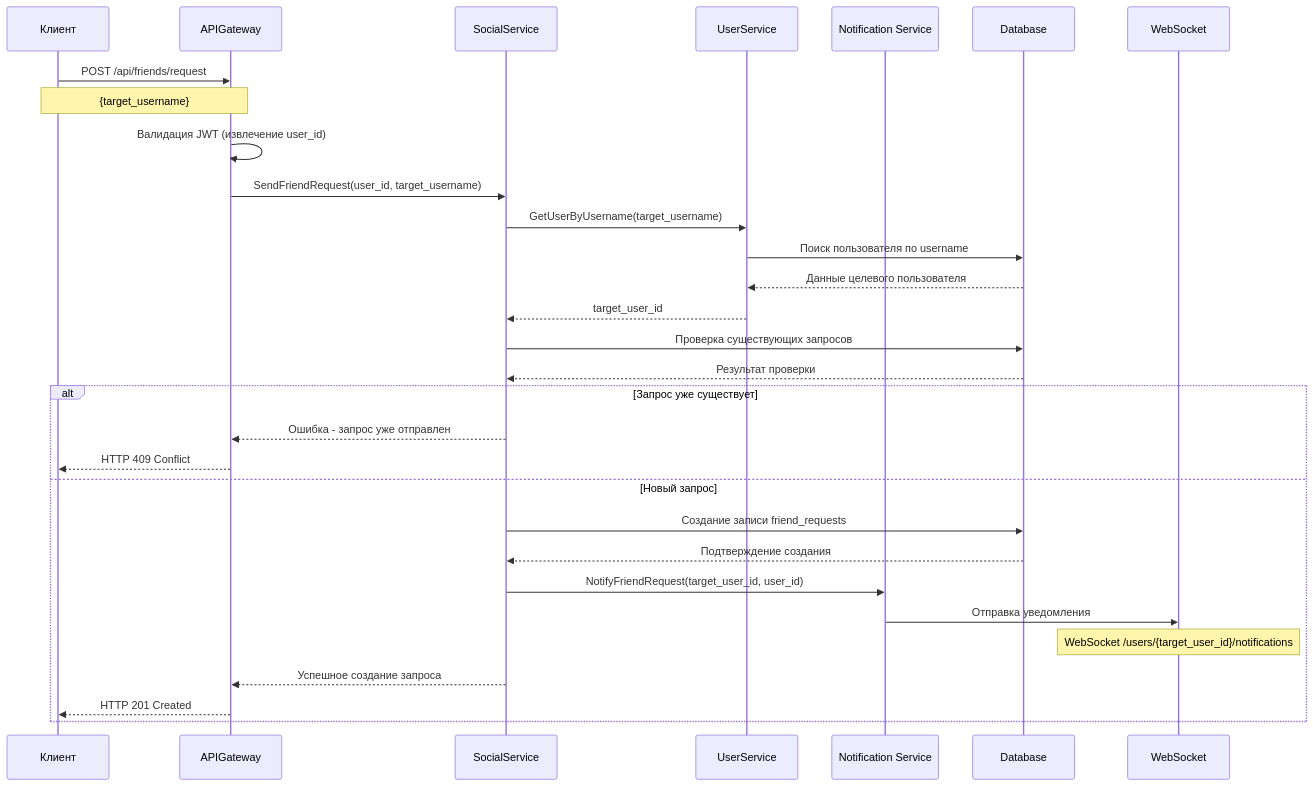
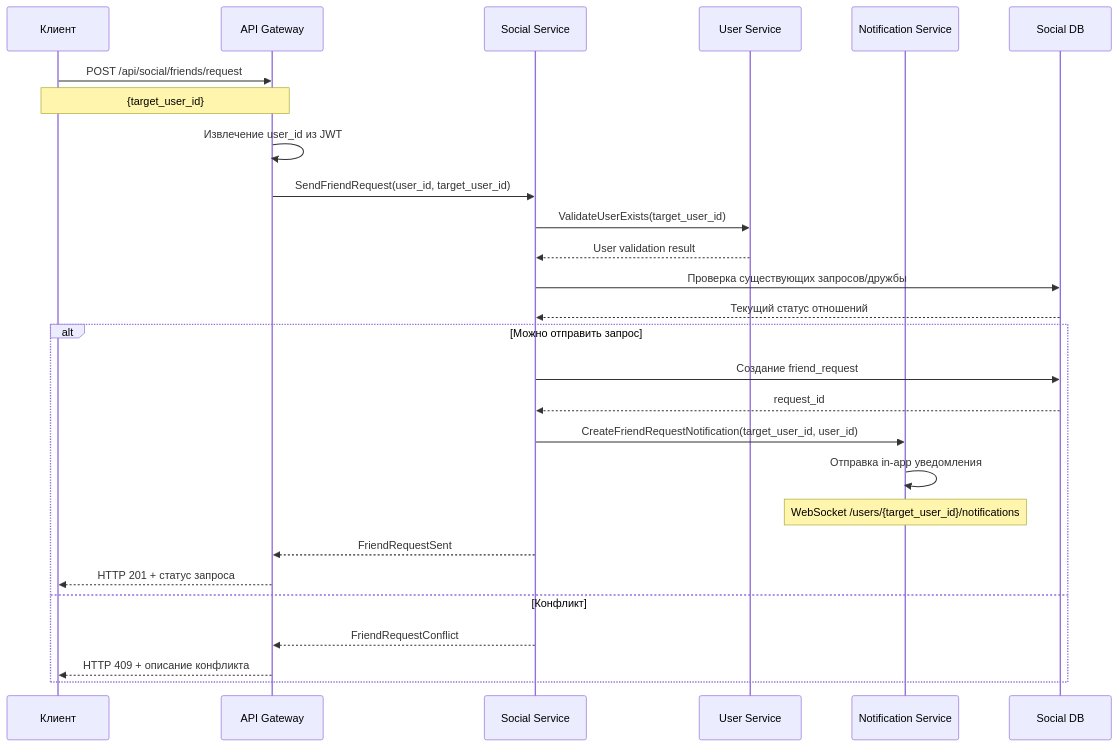
Before and after one commit to BALLUUNN/zavozwww: the seventh of 8 diagrams in docs/tr.md, drawn with Mermaid. The commit also changed other lines of this file, not shown here.

````diff
--- a/docs/tr.md
+++ b/docs/tr.md
@@ -662,39 +655,36 @@
 ```mermaid
 sequenceDiagram
     participant Клиент
-    participant APIGateway
-    participant SocialService
-    participant UserService
-    participant NotifService as Notification Service
-    participant DB as Database
-    participant WS as WebSocket
+    participant GW as API Gateway
+    participant SOCIAL as Social Service
+    participant USER as User Service
+    participant NOTIFY as Notification Service
+    participant SOCIAL_DB as Social DB
 
-    Клиент->>APIGateway: POST /api/friends/request
-    Note over Клиент,APIGateway: {target_username}
+    Клиент->>GW: POST /api/social/friends/request
+    Note over Клиент,GW: {target_user_id}
     
-    APIGateway->>APIGateway: Валидация JWT (извлечение user_id)
-    APIGateway->>SocialService: SendFriendRequest(user_id, target_username)
+    GW->>GW: Извлечение user_id из JWT
+    GW->>SOCIAL: SendFriendRequest(user_id, target_user_id)
     
-    SocialService->>UserService: GetUserByUsername(target_username)
-    UserService->>DB: Поиск пользователя по username
-    DB-->>UserService: Данные целевого пользователя
-    UserService-->>SocialService: target_user_id
+    SOCIAL->>USER: ValidateUserExists(target_user_id)
+    USER-->>SOCIAL: User validation result
     
-    SocialService->>DB: Проверка существующих запросов
-    DB-->>SocialService: Результат проверки
+    SOCIAL->>SOCIAL_DB: Проверка существующих запросов/дружбы
+    SOCIAL_DB-->>SOCIAL: Текущий статус отношений
     
-    alt Запрос уже существует
-        SocialService-->>APIGateway: Ошибка - запрос уже отправлен
-        APIGateway-->>Клиент: HTTP 409 Conflict
-    else Новый запрос
-        SocialService->>DB: Создание записи friend_requests
-        DB-->>SocialService: Подтверждение создания
+    alt Можно отправить запрос
+        SOCIAL->>SOCIAL_DB: Создание friend_request
+        SOCIAL_DB-->>SOCIAL: request_id
         
-        SocialService->>NotifService: NotifyFriendRequest(target_user_id, user_id)
-        NotifService->>WS: Отправка уведомления
-        Note over WS: WebSocket /users/{target_user_id}/notifications
+        SOCIAL->>NOTIFY: CreateFriendRequestNotification(target_user_id, user_id)
+        NOTIFY->>NOTIFY: Отправка in-app уведомления
+        Note over NOTIFY: WebSocket /users/{target_user_id}/notifications
         
-        SocialService-->>APIGateway: Успешное создание запроса
-        APIGateway-->>Клиент: HTTP 201 Created
+        SOCIAL-->>GW: FriendRequestSent
+        GW-->>Клиент: HTTP 201 + статус запроса
+    else Конфликт
+        SOCIAL-->>GW: FriendRequestConflict
+        GW-->>Клиент: HTTP 409 + описание конфликта
     end
 ```
````
